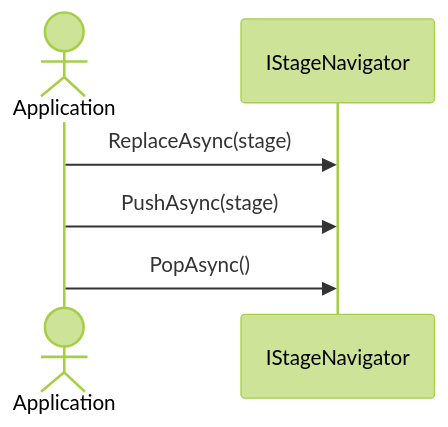
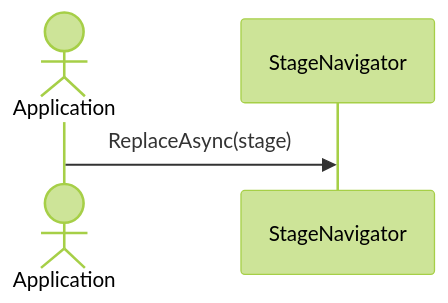
One commit to extreal-dev/Extreal.Guide changed the second of 2 diagrams in docs/core/stage-navigation.md. Above: the diagram before and after it, drawn with Mermaid (forest theme). The commit also changed other lines of this file and 17 other files, not shown here.

````diff
--- a/docs/core/stage-navigation.md
+++ b/docs/core/stage-navigation.md
@@ -86,7 +87,5 @@
 ```mermaid
 sequenceDiagram
     actor Application
-    Application->>IStageNavigator: ReplaceAsync(stage)
-    Application->>IStageNavigator: PushAsync(stage)
-    Application->>IStageNavigator: PopAsync()
+    Application->>StageNavigator: ReplaceAsync(stage)
 ```
````
